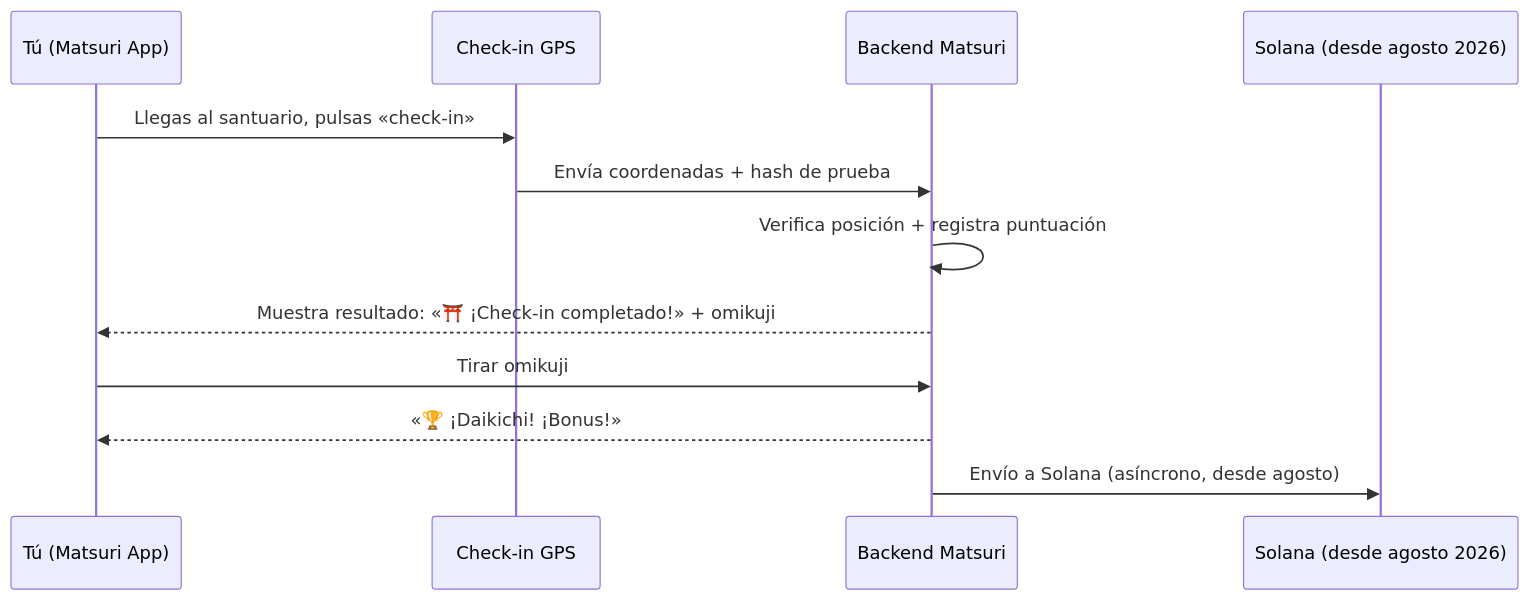
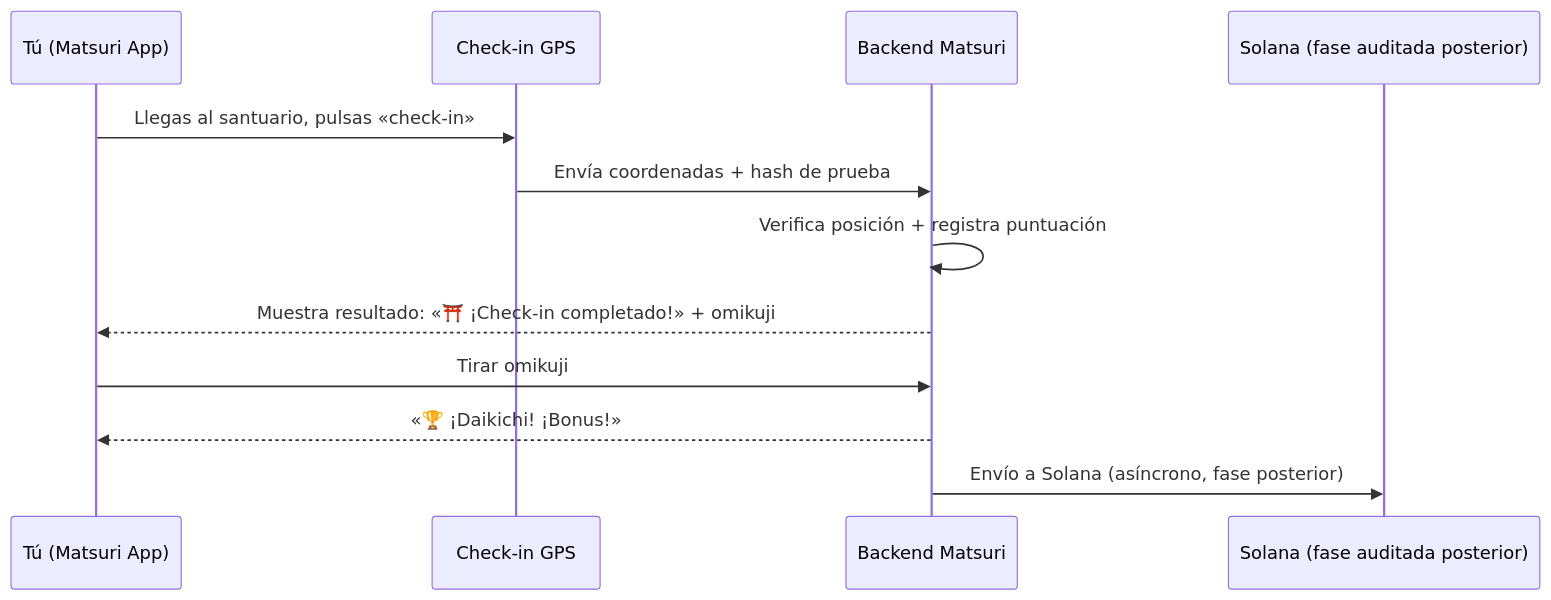
The third of 4 diagrams in i18n/es/docusaurus-plugin-content-docs/current/04-mining.md (Cootakahashi/matsuri-dao-whitepaper), drawn with Mermaid before and after one commit. The commit also changed other lines of this file and 79 other files, not shown here.

First line of the commit message:
docs: re-sequence on-chain roadmap to match the staged Hashlock audit (20 locales)

````diff
--- a/i18n/es/docusaurus-plugin-content-docs/current/04-mining.md
+++ b/i18n/es/docusaurus-plugin-content-docs/current/04-mining.md
@@ -109,15 +109,15 @@
 ```mermaid
 sequenceDiagram
     participant U as Tú (Matsuri App)
     participant GPS as Check-in GPS
     participant API as Backend Matsuri
-    participant SC as Solana (desde agosto 2026)
+    participant SC as Solana (fase auditada posterior)
 
     U->>GPS: Llegas al santuario, pulsas «check-in»
     GPS->>API: Envía coordenadas + hash de prueba
     API->>API: Verifica posición + registra puntuación
     API-->>U: Muestra resultado: «⛩️ ¡Check-in completado!» + omikuji
     U->>API: Tirar omikuji
     API-->>U: «🏆 ¡Daikichi! ¡Bonus!»
-    API->>SC: Envío a Solana (asíncrono, desde agosto)
+    API->>SC: Envío a Solana (asíncrono, fase posterior)
 ```
````
